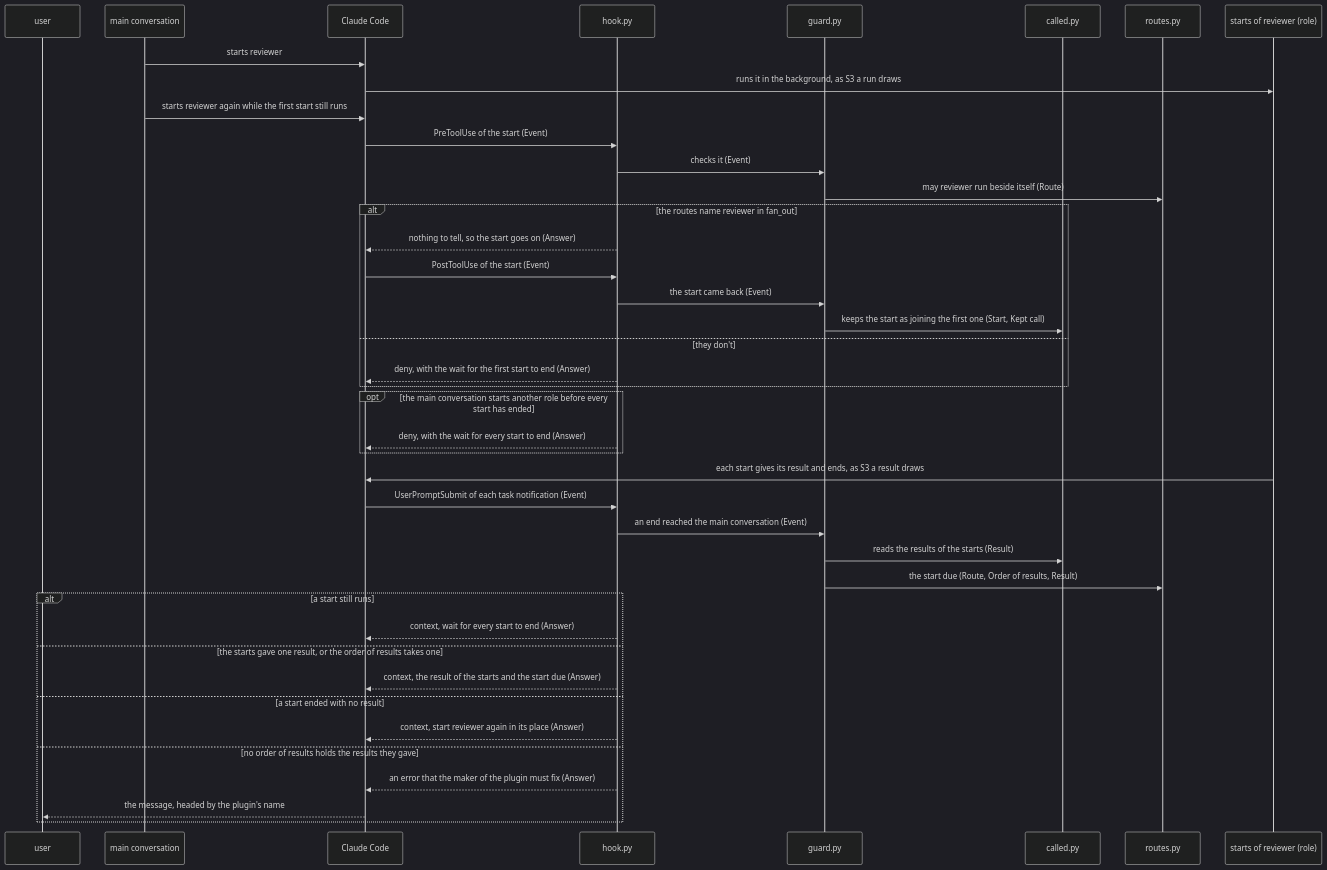
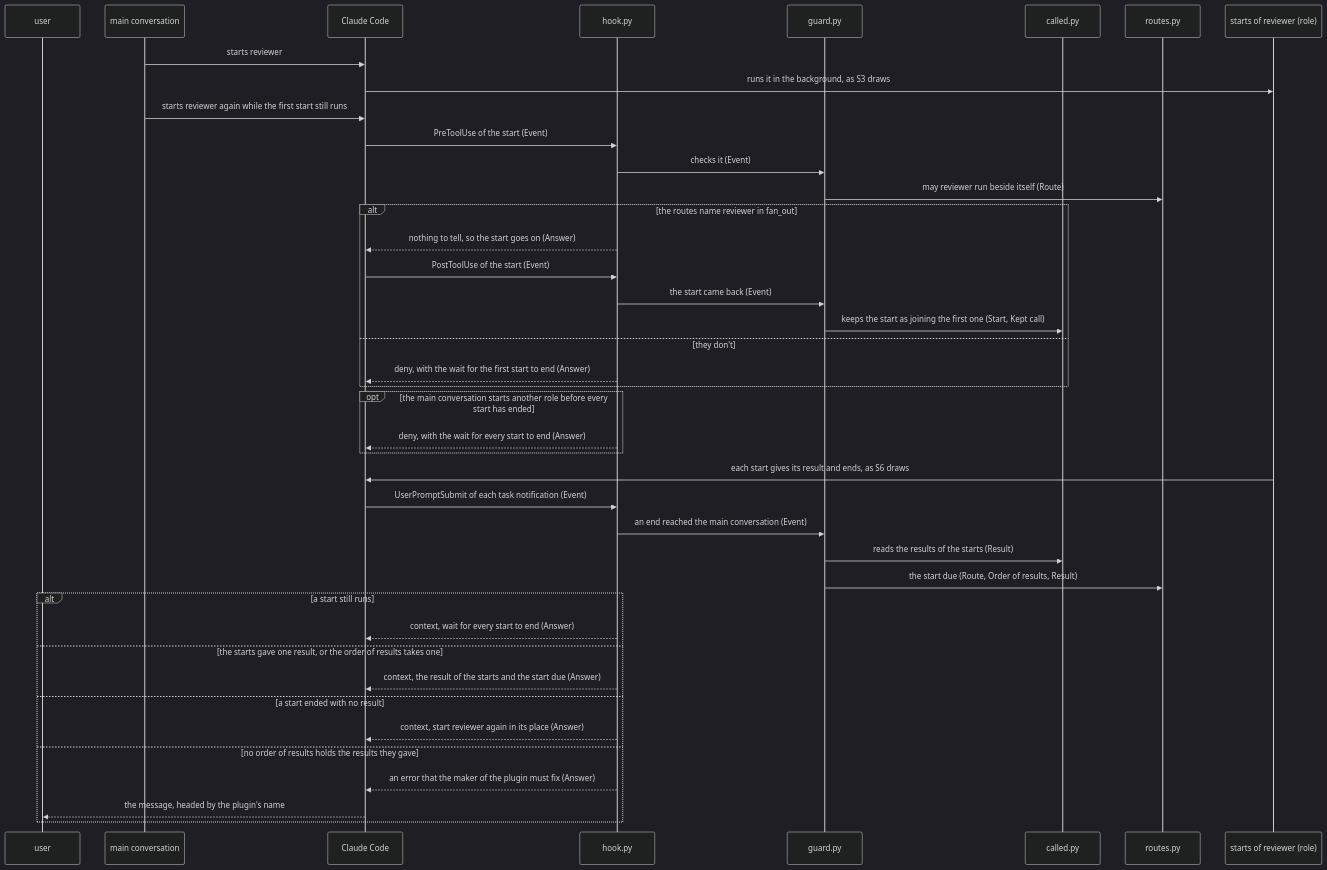
Before and after one commit to lovaizu/ccpm: the seventh of 9 diagrams in dev/lane/architecture.md, drawn with Mermaid (dark theme). The commit also changed other lines of this file and 2 other files, not shown here.

````diff
--- a/dev/lane/architecture.md
+++ b/dev/lane/architecture.md
@@ -840,43 +689,43 @@
 ```mermaid
 sequenceDiagram
   participant U as user
   participant M as main conversation
   participant CC as Claude Code
   participant H as hook.py
   participant G as guard.py
   participant C as called.py
   participant RT as routes.py
   participant S as starts of reviewer (role)
   M->>CC: starts reviewer
-  CC->>S: runs it in the background, as S3 a run draws
+  CC->>S: runs it in the background, as S3 draws
   M->>CC: starts reviewer again while the first start still runs
   CC->>H: PreToolUse of the start (Event)
   H->>G: checks it (Event)
   G->>RT: may reviewer run beside itself (Route)
   alt the routes name reviewer in fan_out
     H-->>CC: nothing to tell, so the start goes on (Answer)
     CC->>H: PostToolUse of the start (Event)
     H->>G: the start came back (Event)
     G->>C: keeps the start as joining the first one (Start, Kept call)
   else they don't
     H-->>CC: deny, with the wait for the first start to end (Answer)
   end
   opt the main conversation starts another role before every start has ended
     H-->>CC: deny, with the wait for every start to end (Answer)
   end
-  S->>CC: each start gives its result and ends, as S3 a result draws
+  S->>CC: each start gives its result and ends, as S6 draws
   CC->>H: UserPromptSubmit of each task notification (Event)
   H->>G: an end reached the main conversation (Event)
   G->>C: reads the results of the starts (Result)
   G->>RT: the start due (Route, Order of results, Result)
   alt a start still runs
     H-->>CC: context, wait for every start to end (Answer)
   else the starts gave one result, or the order of results takes one
     H-->>CC: context, the result of the starts and the start due (Answer)
   else a start ended with no result
     H-->>CC: context, start reviewer again in its place (Answer)
   else no order of results holds the results they gave
     H-->>CC: an error that the maker of the plugin must fix (Answer)
     CC-->>U: the message, headed by the plugin's name
   end
 ```
````
